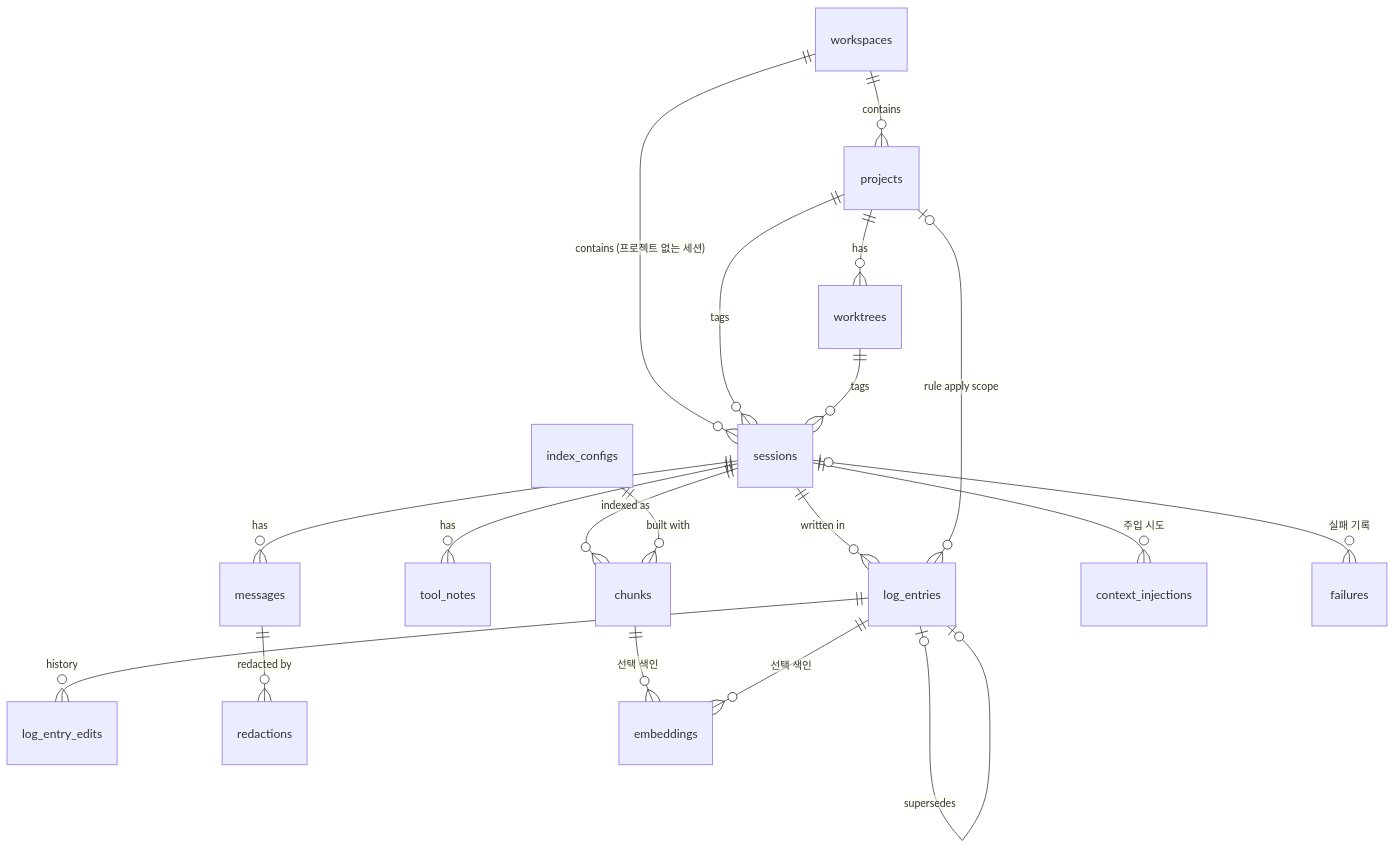
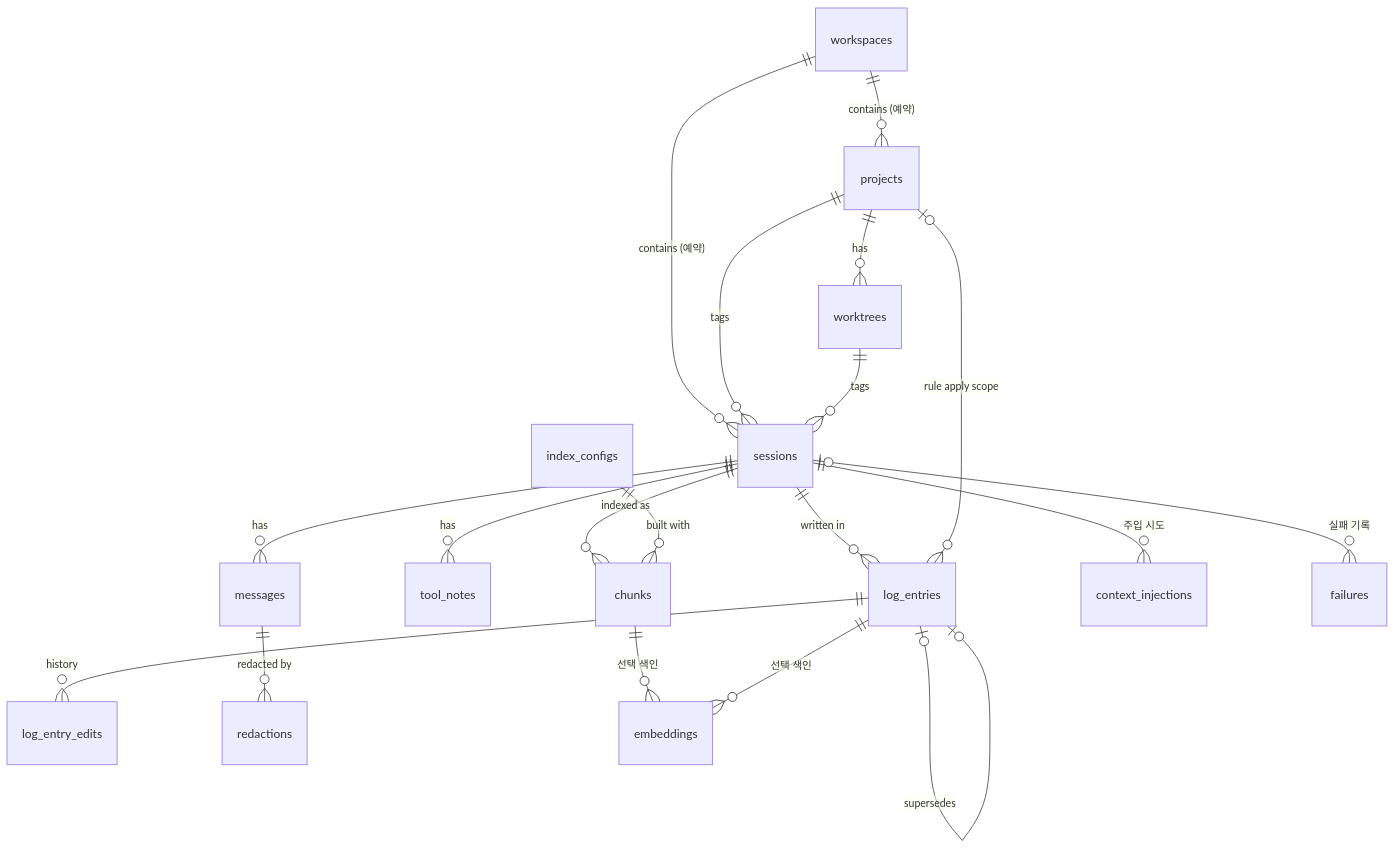
One commit to gmae199boy/second-brain changed the third of 4 diagrams in _bmad-output/personal-brain/architecture-brain-v1-slice-1/architecture-brain-v1-slice-1.md. Above: the diagram before and after it, drawn with Mermaid. The commit also changed other lines of this file and 16 other files, not shown here.

````diff
--- a/_bmad-output/personal-brain/architecture-brain-v1-slice-1/architecture-brain-v1-slice-1.md
+++ b/_bmad-output/personal-brain/architecture-brain-v1-slice-1/architecture-brain-v1-slice-1.md
@@ -412,21 +413,21 @@
 ```mermaid
 erDiagram
-  workspaces ||--o{ projects : contains
-  workspaces ||--o{ sessions : "contains (프로젝트 없는 세션)"
+  workspaces ||--o{ projects : "contains (예약)"
+  workspaces ||--o{ sessions : "contains (예약)"
   projects ||--o{ worktrees : has
   projects ||--o{ sessions : tags
   worktrees ||--o{ sessions : tags
   sessions ||--o{ messages : has
   sessions ||--o{ tool_notes : has
   sessions ||--o{ log_entries : "written in"
   log_entries ||--o{ log_entry_edits : history
   log_entries |o--o| log_entries : supersedes
   projects |o--o{ log_entries : "rule apply scope"
   messages ||--o{ redactions : "redacted by"
   sessions ||--o{ chunks : "indexed as"
   index_configs ||--o{ chunks : "built with"
   chunks ||--o{ embeddings : "선택 색인"
   log_entries ||--o{ embeddings : "선택 색인"
   sessions ||--o{ context_injections : "주입 시도"
   sessions |o--o{ failures : "실패 기록"
 ```
````
